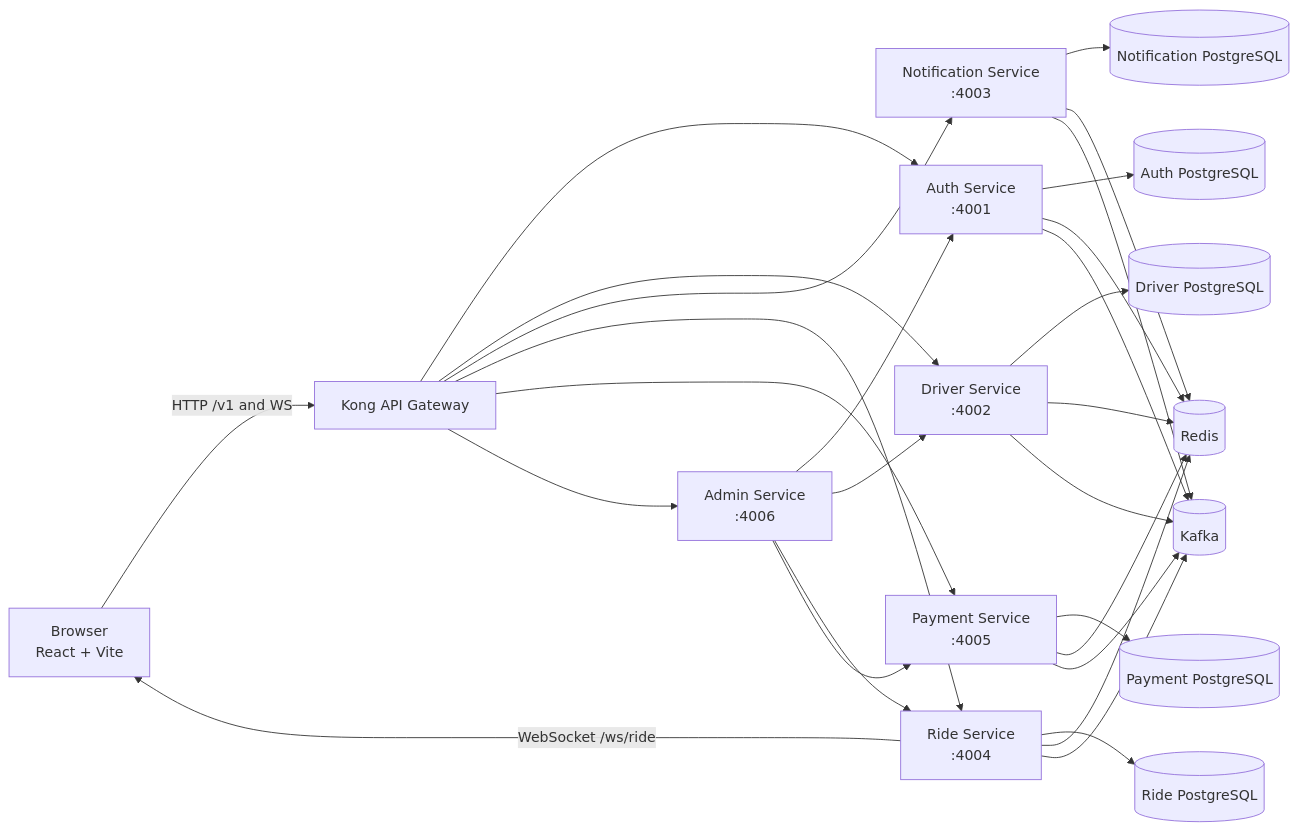
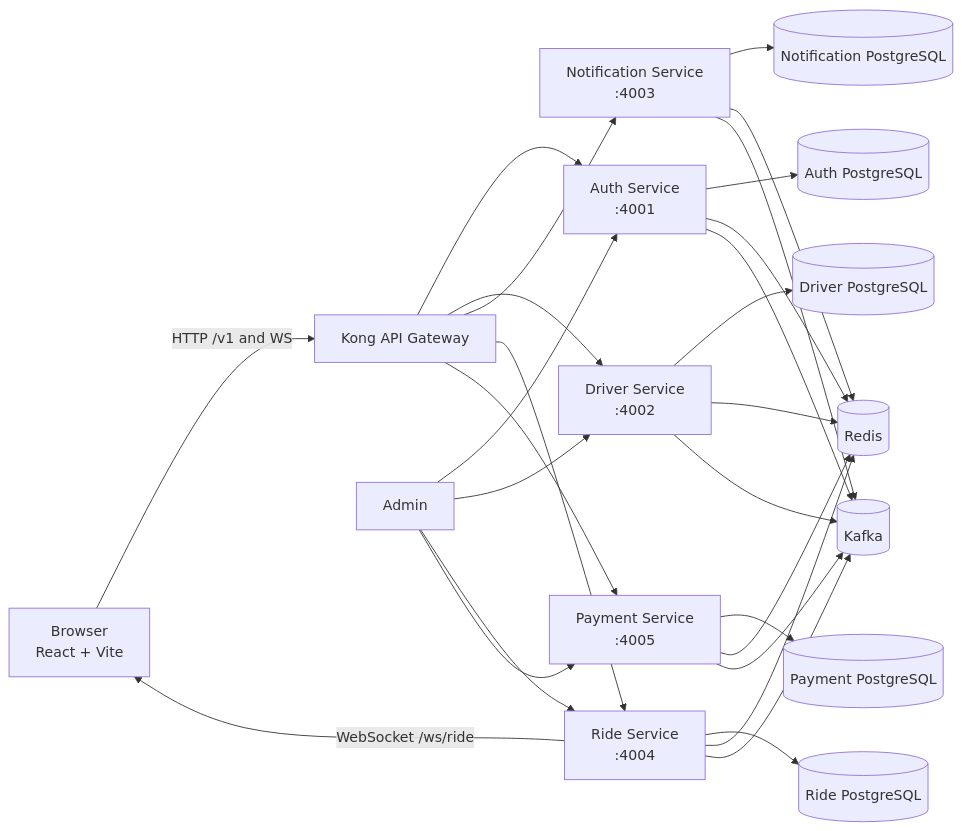
One commit to akshaygupta9874/urbanfleet-project changed the first of 10 diagrams in README.md. Above: the diagram before and after it, drawn with Mermaid. The commit also changed other lines of this file and 86 other files, not shown here.

First line of the commit message:
feat(core): consolidate admin architecture, upgrade notification mail transport, and stabilize driver KYC

````diff
--- a/README.md
+++ b/README.md
@@ -72,33 +72,32 @@
 ```mermaid
 flowchart LR
   Browser["Browser<br/>React + Vite"] -->|HTTP /v1 and WS| Kong["Kong API Gateway"]
   Kong --> Auth["Auth Service<br/>:4001"]
   Kong --> Driver["Driver Service<br/>:4002"]
   Kong --> Notify["Notification Service<br/>:4003"]
   Kong --> Ride["Ride Service<br/>:4004"]
   Kong --> Payment["Payment Service<br/>:4005"]
-  Kong --> Admin["Admin Service<br/>:4006"]
   Ride -->|WebSocket /ws/ride| Browser
 
   Auth --> AuthDB[(Auth PostgreSQL)]
   Driver --> DriverDB[(Driver PostgreSQL)]
   Ride --> RideDB[(Ride PostgreSQL)]
   Payment --> PaymentDB[(Payment PostgreSQL)]
   Notify --> NotifyDB[(Notification PostgreSQL)]
 
   Auth --> Redis[(Redis)]
   Driver --> Redis
   Ride --> Redis
   Payment --> Redis
   Notify --> Redis
 
   Auth --> Kafka[(Kafka)]
   Driver --> Kafka
   Ride --> Kafka
   Payment --> Kafka
   Notify --> Kafka
   Admin --> Auth
   Admin --> Driver
   Admin --> Ride
   Admin --> Payment
 ```
````
